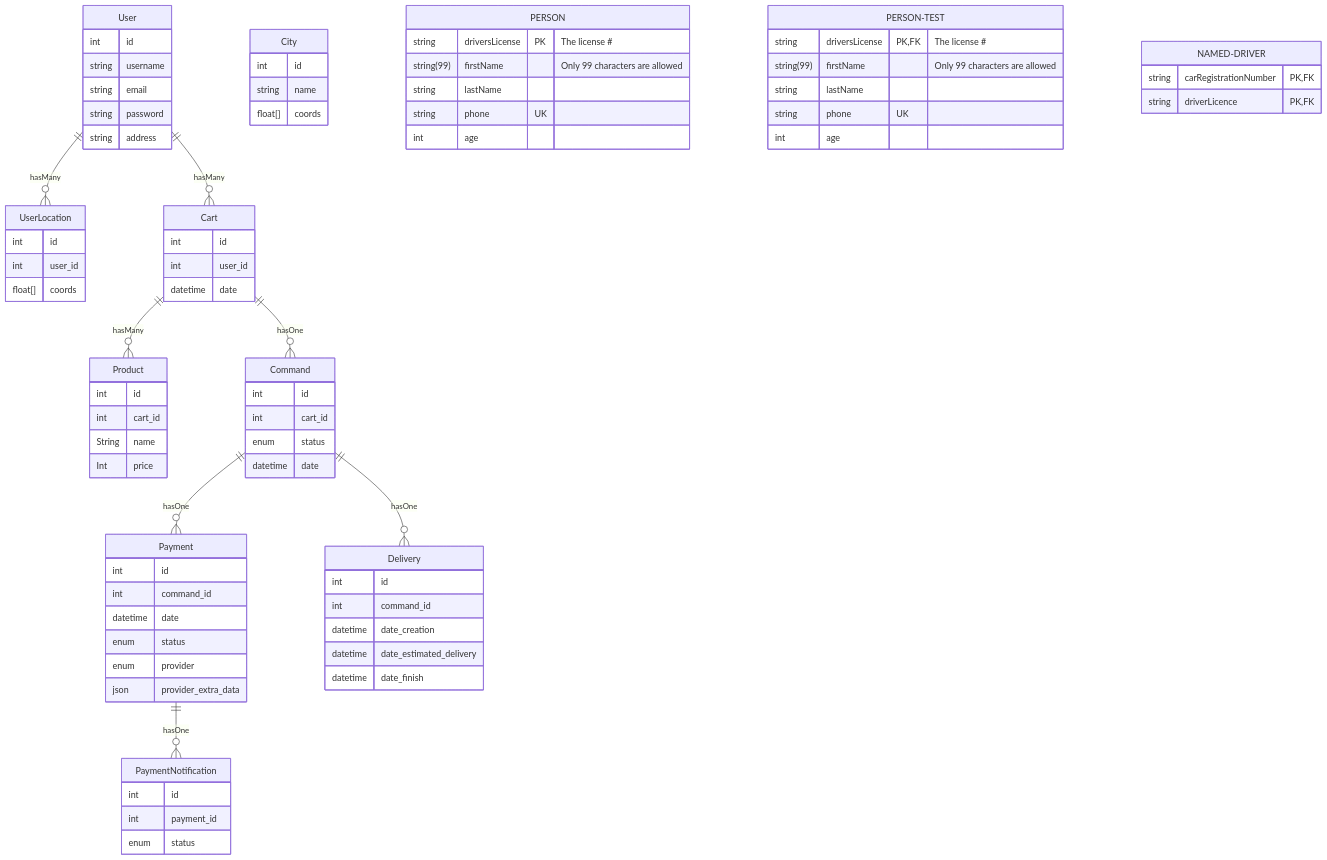
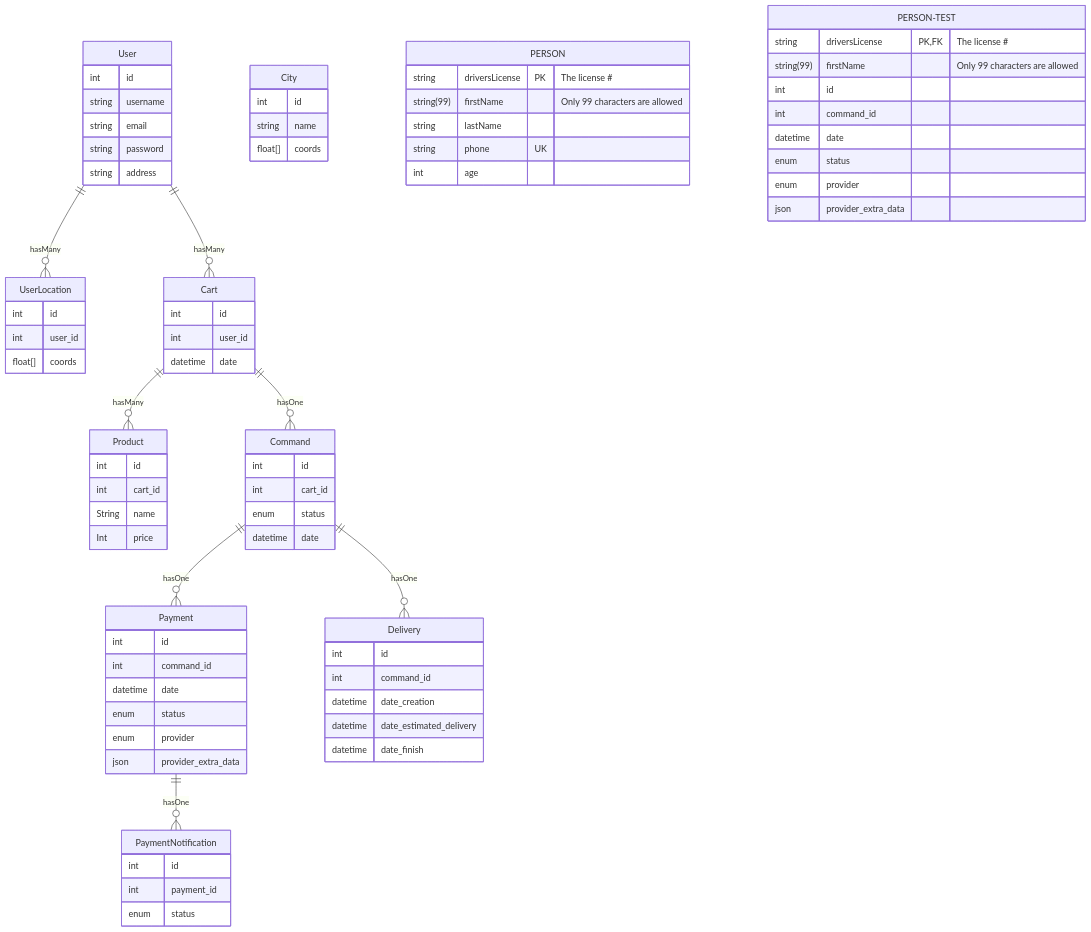
The first of 6 diagrams in readme.md (joussin/api_allopico_old), drawn with Mermaid before and after one commit.

````diff
--- a/readme.md
+++ b/readme.md
@@ -113,13 +113,12 @@
      PERSON-TEST {
         string driversLicense PK, FK "The license #"
         string(99) firstName "Only 99 characters are allowed"
-        string lastName
-        string phone UK
-        int age
+            int id
+	     int command_id  
+		 datetime date
+		 enum status  
+		 enum provider   
+		 json provider_extra_data
     }
-    
-    NAMED-DRIVER {
-        string carRegistrationNumber PK, FK
-        string driverLicence PK, FK
-    }
+  
 ```  
````
